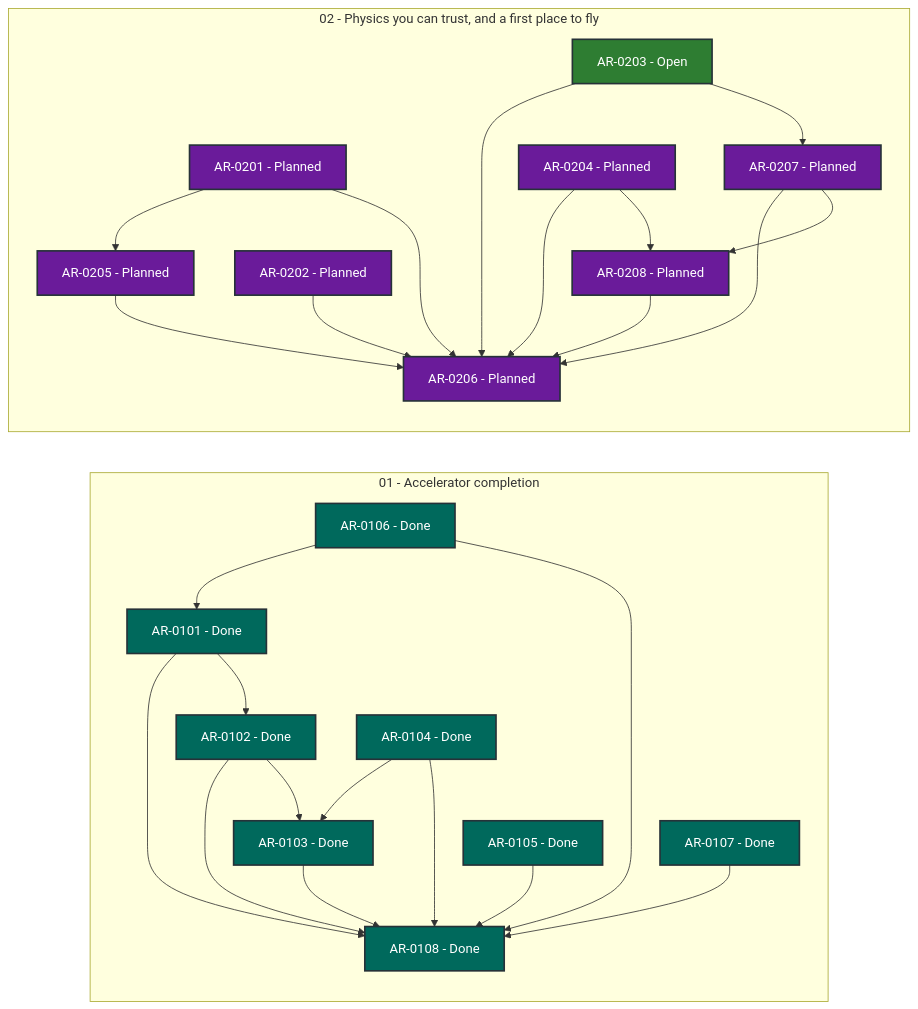
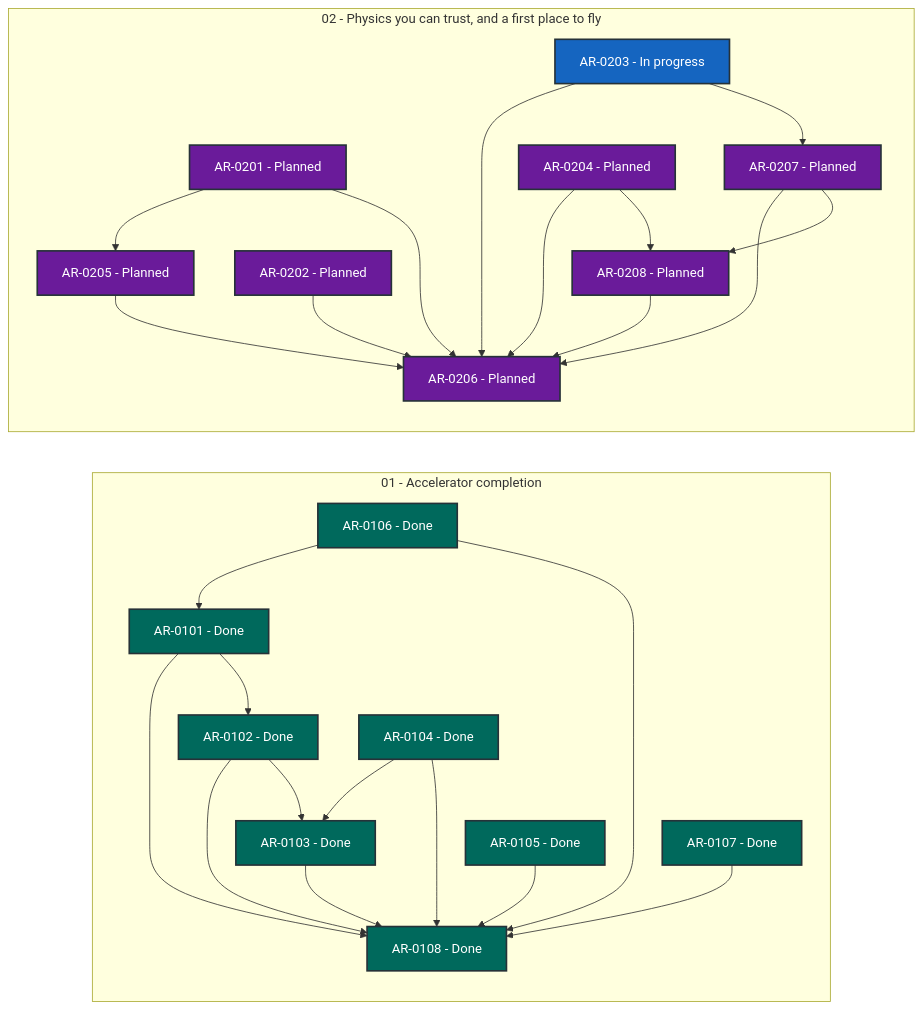
The diagram in coordination/STATUS.md (locutus3009/exgame), drawn with Mermaid before and after one commit. The commit also changed other lines of this file and 2 other files, not shown here.

````diff
--- a/coordination/STATUS.md
+++ b/coordination/STATUS.md
@@ -28,56 +28,56 @@
 ```mermaid
 flowchart LR
     subgraph series_01["01 - Accelerator completion"]
         direction TB
         AR_0101["AR-0101 - Done"]:::status_done
         AR_0102["AR-0102 - Done"]:::status_done
         AR_0103["AR-0103 - Done"]:::status_done
         AR_0104["AR-0104 - Done"]:::status_done
         AR_0105["AR-0105 - Done"]:::status_done
         AR_0106["AR-0106 - Done"]:::status_done
         AR_0107["AR-0107 - Done"]:::status_done
         AR_0108["AR-0108 - Done"]:::status_done
     end
     subgraph series_02["02 - Physics you can trust, and a first place to fly"]
         direction TB
         AR_0201["AR-0201 - Planned"]:::status_planned
         AR_0202["AR-0202 - Planned"]:::status_planned
-        AR_0203["AR-0203 - Open"]:::status_open
+        AR_0203["AR-0203 - In progress"]:::status_in_progress
         AR_0204["AR-0204 - Planned"]:::status_planned
         AR_0205["AR-0205 - Planned"]:::status_planned
         AR_0206["AR-0206 - Planned"]:::status_planned
         AR_0207["AR-0207 - Planned"]:::status_planned
         AR_0208["AR-0208 - Planned"]:::status_planned
     end
     AR_0101 --> AR_0102
     AR_0101 --> AR_0108
     AR_0102 --> AR_0103
     AR_0102 --> AR_0108
     AR_0103 --> AR_0108
     AR_0104 --> AR_0103
     AR_0104 --> AR_0108
     AR_0105 --> AR_0108
     AR_0106 --> AR_0101
     AR_0106 --> AR_0108
     AR_0107 --> AR_0108
     AR_0201 --> AR_0205
     AR_0201 --> AR_0206
     AR_0202 --> AR_0206
     AR_0203 --> AR_0206
     AR_0203 --> AR_0207
     AR_0204 --> AR_0206
     AR_0204 --> AR_0208
     AR_0205 --> AR_0206
     AR_0207 --> AR_0206
     AR_0207 --> AR_0208
     AR_0208 --> AR_0206
     classDef status_in_progress fill:#1565c0,color:#ffffff,stroke:#263238,stroke-width:2px
     classDef status_in_review fill:#ad1457,color:#ffffff,stroke:#263238,stroke-width:2px
     classDef status_open fill:#2e7d32,color:#ffffff,stroke:#263238,stroke-width:2px
     classDef status_blocked fill:#c62828,color:#ffffff,stroke:#263238,stroke-width:2px
     classDef status_planned fill:#6a1b9a,color:#ffffff,stroke:#263238,stroke-width:2px
     classDef status_future fill:#455a64,color:#ffffff,stroke:#263238,stroke-width:2px
     classDef status_done fill:#00695c,color:#ffffff,stroke:#263238,stroke-width:2px
     classDef status_cancelled fill:#616161,color:#ffffff,stroke:#263238,stroke-width:2px
     classDef status_superseded fill:#5d4037,color:#ffffff,stroke:#263238,stroke-width:2px
 ```
````
